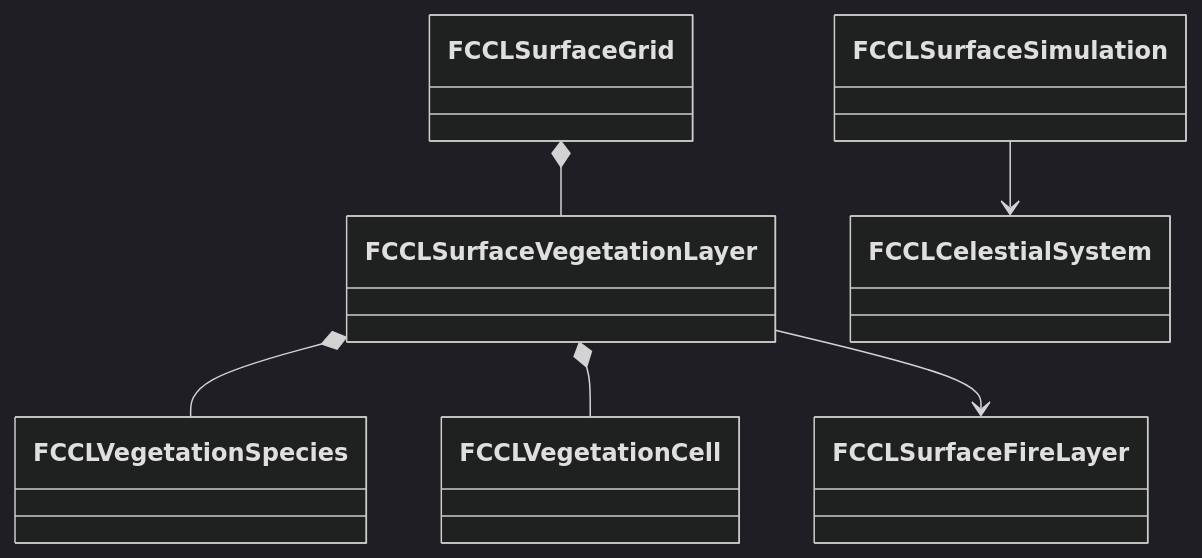
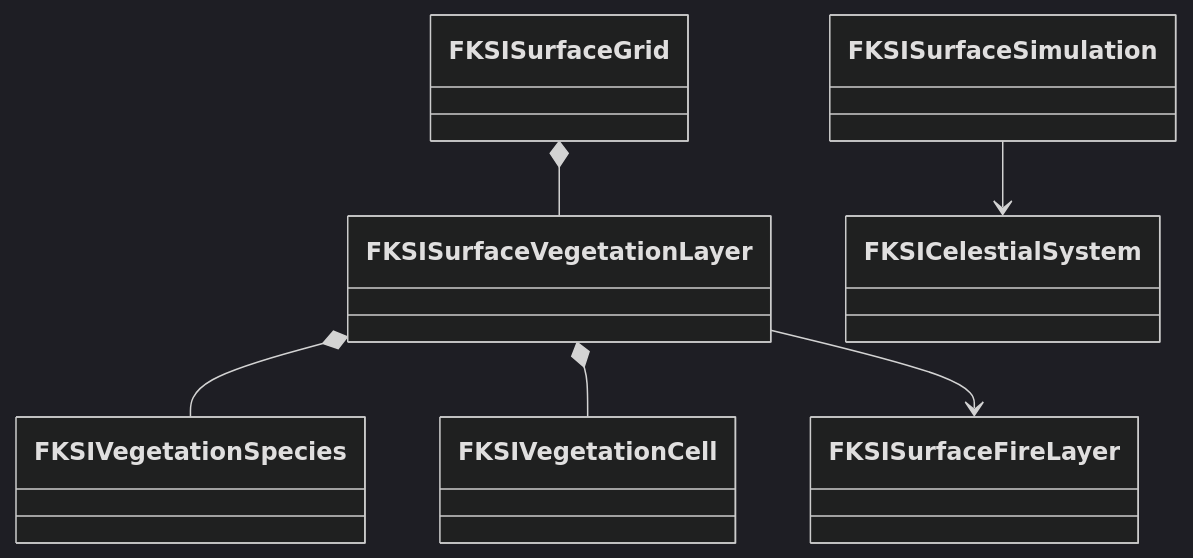
Before and after one commit to kang-sihwon/ccl8: the fourth of 13 diagrams in Docs/EnvironmentEcology.md, drawn with Mermaid (dark theme). The commit also changed other lines of this file and 6 other files, not shown here.

````diff
--- a/Docs/EnvironmentEcology.md
+++ b/Docs/EnvironmentEcology.md
@@ -261,8 +259,8 @@
 ```mermaid
 classDiagram
-    FCCLSurfaceGrid *-- FCCLSurfaceVegetationLayer
-    FCCLSurfaceVegetationLayer *-- FCCLVegetationSpecies
-    FCCLSurfaceVegetationLayer *-- FCCLVegetationCell
-    FCCLSurfaceVegetationLayer --> FCCLSurfaceFireLayer
-    FCCLSurfaceSimulation --> FCCLCelestialSystem
+    FKSISurfaceGrid *-- FKSISurfaceVegetationLayer
+    FKSISurfaceVegetationLayer *-- FKSIVegetationSpecies
+    FKSISurfaceVegetationLayer *-- FKSIVegetationCell
+    FKSISurfaceVegetationLayer --> FKSISurfaceFireLayer
+    FKSISurfaceSimulation --> FKSICelestialSystem
 ```
````
